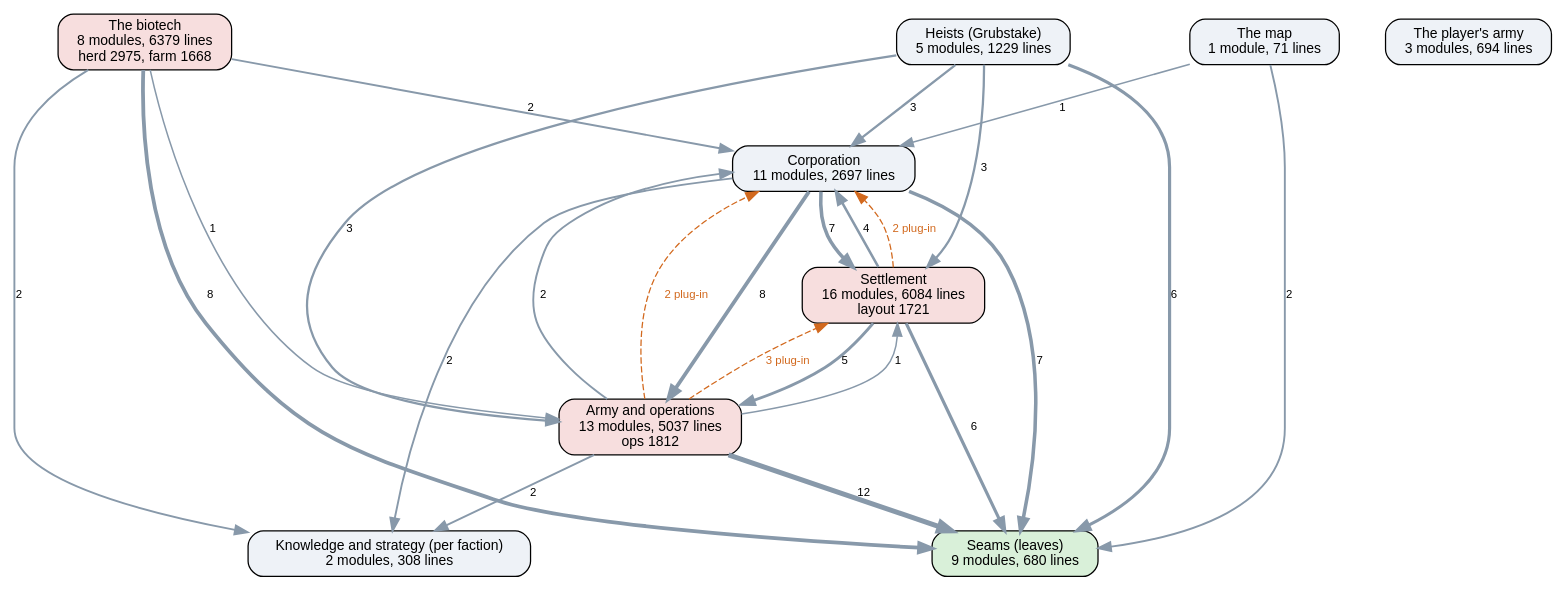
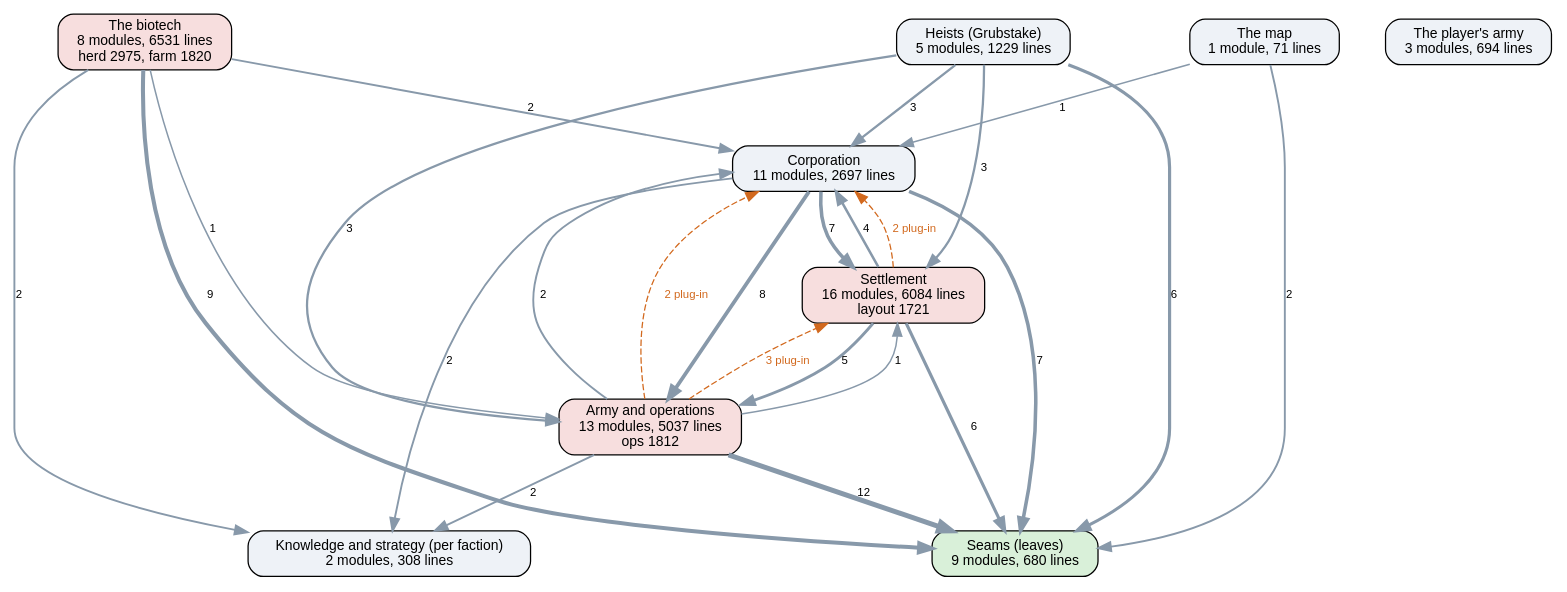
The diagram in docs/ai-layers.dot (kinelhu/landing-party), drawn with Graphviz before and after one commit. The commit also changed 9 other files, not shown here.

```diff
--- a/docs/ai-layers.dot
+++ b/docs/ai-layers.dot
@@ -1,38 +1,38 @@
 digraph layers {
   graph [rankdir=TB, fontname="Helvetica", nodesep=0.5, ranksep=0.7];
   node [shape=box, style="rounded,filled", fontname="Helvetica", fontsize=11, fillcolor="#eef2f7"];
   edge [color="#8899aa", fontname="Helvetica", fontsize=9];
   "Seams (leaves)" [label="Seams (leaves)\n9 modules, 680 lines", fillcolor="#d9f0d9"];
   "Knowledge and strategy (per faction)" [label="Knowledge and strategy (per faction)\n2 modules, 308 lines", fillcolor="#eef2f7"];
   "Corporation" [label="Corporation\n11 modules, 2697 lines", fillcolor="#eef2f7"];
   "Settlement" [label="Settlement\n16 modules, 6084 lines\nlayout 1721", fillcolor="#f7dede"];
   "Army and operations" [label="Army and operations\n13 modules, 5037 lines\nops 1812", fillcolor="#f7dede"];
   "Heists (Grubstake)" [label="Heists (Grubstake)\n5 modules, 1229 lines", fillcolor="#eef2f7"];
-  "The biotech" [label="The biotech\n8 modules, 6379 lines\nherd 2975, farm 1668", fillcolor="#f7dede"];
+  "The biotech" [label="The biotech\n8 modules, 6531 lines\nherd 2975, farm 1820", fillcolor="#f7dede"];
   "The map" [label="The map\n1 module, 71 lines", fillcolor="#eef2f7"];
   "The player's army" [label="The player's army\n3 modules, 694 lines", fillcolor="#eef2f7"];
   "Army and operations" -> "Corporation" [label="2", penwidth=1.5];
   "Army and operations" -> "Knowledge and strategy (per faction)" [label="2", penwidth=1.5];
   "Army and operations" -> "Seams (leaves)" [label="12", penwidth=4.0];
   "Army and operations" -> "Settlement" [label="1", penwidth=1.2];
   "Corporation" -> "Army and operations" [label="8", penwidth=3.0];
   "Corporation" -> "Knowledge and strategy (per faction)" [label="2", penwidth=1.5];
   "Corporation" -> "Seams (leaves)" [label="7", penwidth=2.8];
   "Corporation" -> "Settlement" [label="7", penwidth=2.8];
   "Heists (Grubstake)" -> "Army and operations" [label="3", penwidth=1.8];
   "Heists (Grubstake)" -> "Corporation" [label="3", penwidth=1.8];
   "Heists (Grubstake)" -> "Seams (leaves)" [label="6", penwidth=2.5];
   "Heists (Grubstake)" -> "Settlement" [label="3", penwidth=1.8];
   "Settlement" -> "Army and operations" [label="5", penwidth=2.2];
   "Settlement" -> "Corporation" [label="4", penwidth=2.0];
   "Settlement" -> "Seams (leaves)" [label="6", penwidth=2.5];
   "The biotech" -> "Army and operations" [label="1", penwidth=1.2];
   "The biotech" -> "Corporation" [label="2", penwidth=1.5];
   "The biotech" -> "Knowledge and strategy (per faction)" [label="2", penwidth=1.5];
-  "The biotech" -> "Seams (leaves)" [label="8", penwidth=3.0];
+  "The biotech" -> "Seams (leaves)" [label="9", penwidth=3.2];
   "The map" -> "Corporation" [label="1", penwidth=1.2];
   "The map" -> "Seams (leaves)" [label="2", penwidth=1.5];
   "Army and operations" -> "Corporation" [style=dashed, color="#d2691e", fontcolor="#d2691e", label="2 plug-in"];
   "Army and operations" -> "Settlement" [style=dashed, color="#d2691e", fontcolor="#d2691e", label="3 plug-in"];
   "Settlement" -> "Corporation" [style=dashed, color="#d2691e", fontcolor="#d2691e", label="2 plug-in"];
 }
```
